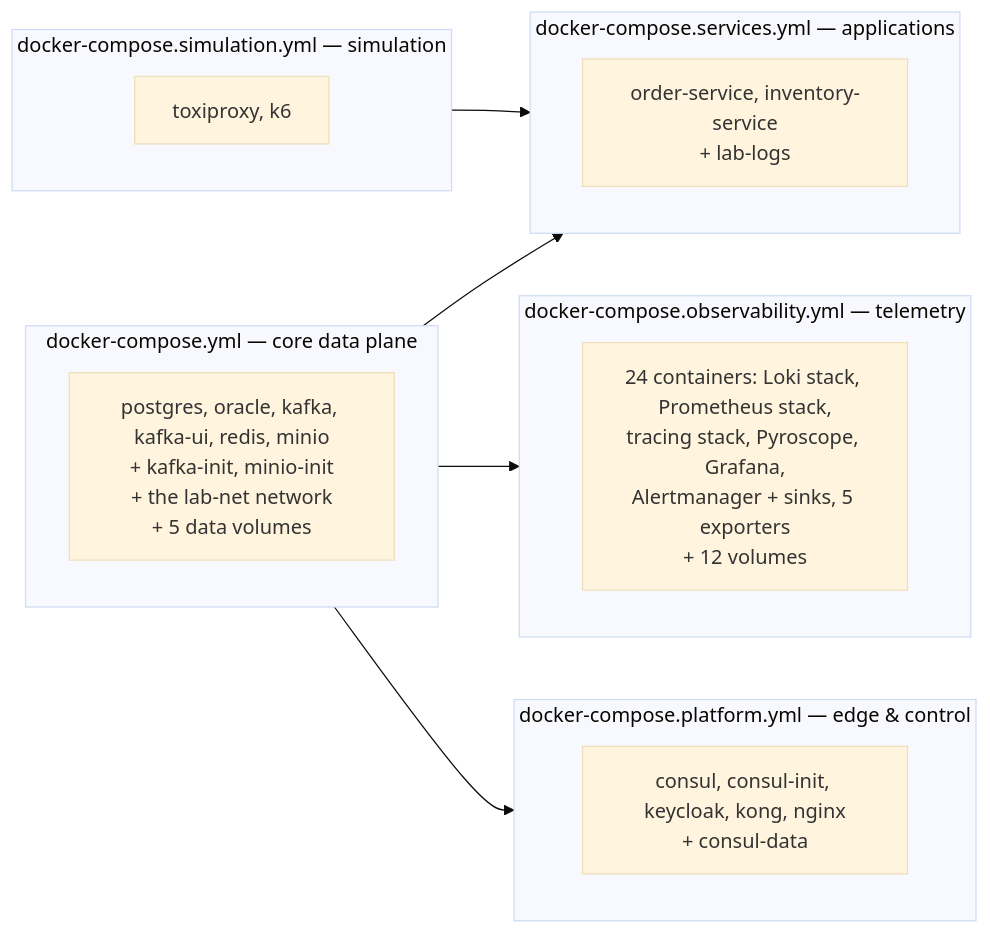
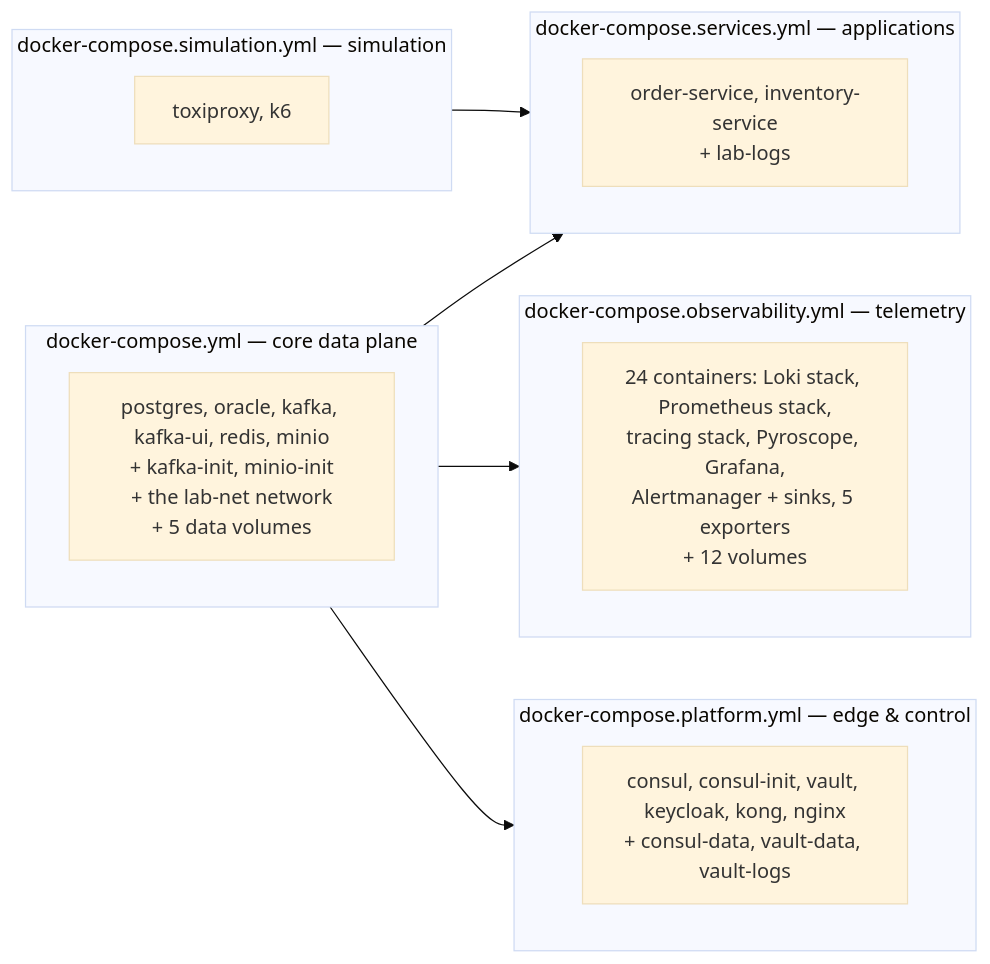
One commit to minhvuongvu/observability-lab-parent changed the second of 7 diagrams in docs/InfrastructureDiagram.md. Above: the diagram before and after it, drawn with Mermaid (base theme). The commit also changed other lines of this file and 44 other files, not shown here.

````diff
--- a/docs/InfrastructureDiagram.md
+++ b/docs/InfrastructureDiagram.md
@@ -156,23 +157,23 @@
 ```mermaid
 flowchart LR
     subgraph f1["docker-compose.yml — core data plane"]
         A1["postgres, oracle, kafka, kafka-ui, redis, minio<br/>+ kafka-init, minio-init<br/>+ the lab-net network<br/>+ 5 data volumes"]
     end
     subgraph f2["docker-compose.platform.yml — edge & control"]
-        A2["consul, consul-init, keycloak, kong, nginx<br/>+ consul-data"]
+        A2["consul, consul-init, vault, keycloak, kong, nginx<br/>+ consul-data, vault-data, vault-logs"]
     end
     subgraph f3["docker-compose.observability.yml — telemetry"]
         A3["24 containers: Loki stack, Prometheus stack,<br/>tracing stack, Pyroscope, Grafana,<br/>Alertmanager + sinks, 5 exporters<br/>+ 12 volumes"]
     end
     subgraph f4["docker-compose.services.yml — applications"]
         A4["order-service, inventory-service<br/>+ lab-logs"]
     end
     subgraph f5["docker-compose.simulation.yml — simulation"]
         A5["toxiproxy, k6"]
     end
 
     f1 --> f2
     f1 --> f3
     f1 --> f4
     f5 --> f4
 ```
````
